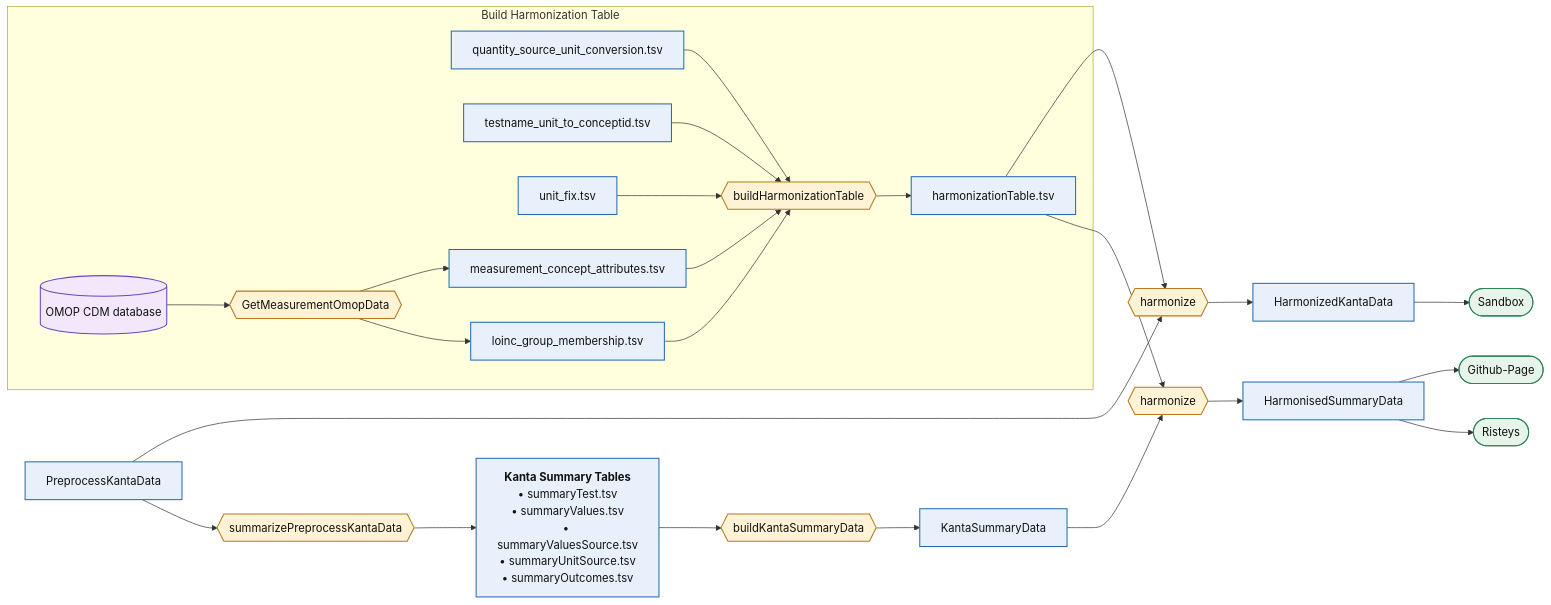
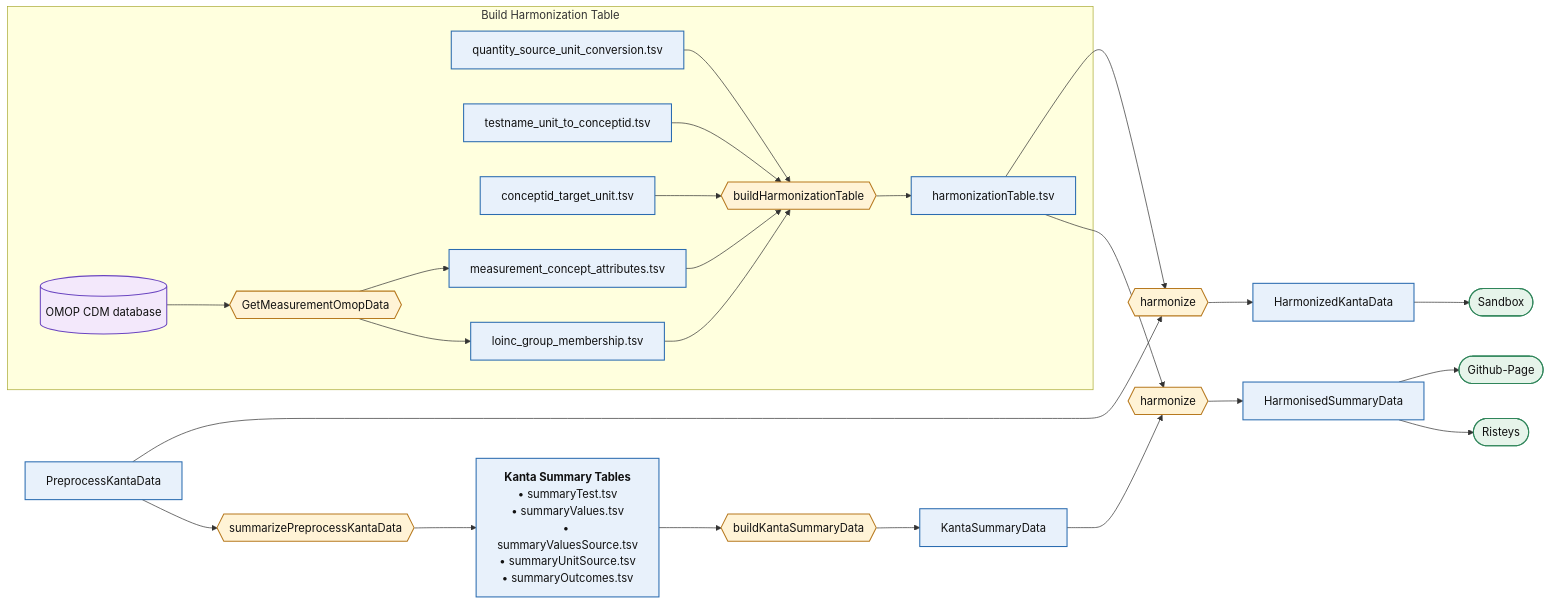
One commit to FINNGEN/kanta_lab_harmonisation_public changed the diagram in DOCUMENTAION/Structure.md. Above: the diagram before and after it, drawn with Mermaid. The commit also changed other lines of this file and 1 other file, not shown here.

````diff
--- a/DOCUMENTAION/Structure.md
+++ b/DOCUMENTAION/Structure.md
@@ -5,57 +5,57 @@
 ```mermaid
 flowchart LR
     %% Data = rectangles, Scripts = hexagons, Databases = cylinders, Destinations = stadium
     RAW["PreprocessKantaData"]:::data
     SUM{{"summarizePreprocessKantaData"}}:::script
 
     SRC["<b>Kanta Summary Tables</b><br/>• summaryTest.tsv<br/>• summaryValues.tsv<br/>• summaryValuesSource.tsv<br/>• summaryUnitSource.tsv<br/>• summaryOutcomes.tsv"]:::data
 
     GSD{{"buildKantaSummaryData"}}:::script
     SUMDATA["KantaSummaryData"]:::data
 
     subgraph MAP["Build Harmonization Table"]
         M1["quantity_source_unit_conversion.tsv"]:::data
         M2["testname_unit_to_conceptid.tsv"]:::data
-        M5["unit_fix.tsv"]:::data
+        M4["conceptid_target_unit.tsv"]:::data
         OMOPDB[("OMOP CDM database")]:::db
         GETOMOP{{"GetMeasurementOmopData"}}:::script
         M6["measurement_concept_attributes.tsv"]:::data
         M7["loinc_group_membership.tsv"]:::data
         COMB{{"buildHarmonizationTable"}}:::script
         HTAB["harmonizationTable.tsv"]:::data
     end
 
     HARMRAW{{"harmonize"}}:::script
     HARMSUM{{"harmonize"}}:::script
     HKANTA["HarmonizedKantaData"]:::data
     HSUM["HarmonisedSummaryData"]:::data
     SANDBOX(["Sandbox"]):::dest
     GHP(["Github-Page"]):::dest
     RIS(["Risteys"]):::dest
 
     RAW --> HARMRAW
     RAW --> SUM --> SRC
     SRC --> GSD --> SUMDATA
     M1 --> COMB
     M2 --> COMB
-    M5 --> COMB
+    M4 --> COMB
     OMOPDB --> GETOMOP
     GETOMOP --> M6
     GETOMOP --> M7
     M6 --> COMB
     M7 --> COMB
     COMB --> HTAB
     HTAB --> HARMRAW
     SUMDATA --> HARMSUM
     HTAB --> HARMSUM
     HARMSUM --> HSUM
     HSUM --> GHP
     HSUM --> RIS
     HARMRAW --> HKANTA --> SANDBOX
     
 
     classDef data fill:#e8f1fb,stroke:#2b6cb0,stroke-width:1.5px,color:#111;
     classDef script fill:#fff3d6,stroke:#b7791f,stroke-width:1.5px,color:#111;
     classDef db fill:#f3e8fb,stroke:#6b46c1,stroke-width:1.5px,color:#111;
     classDef dest fill:#e6f4ea,stroke:#2f855a,stroke-width:1.5px,color:#111;
 ```
````
